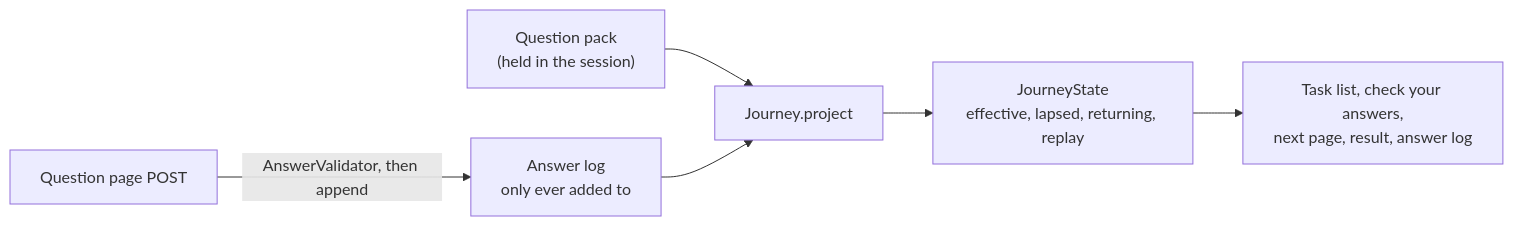
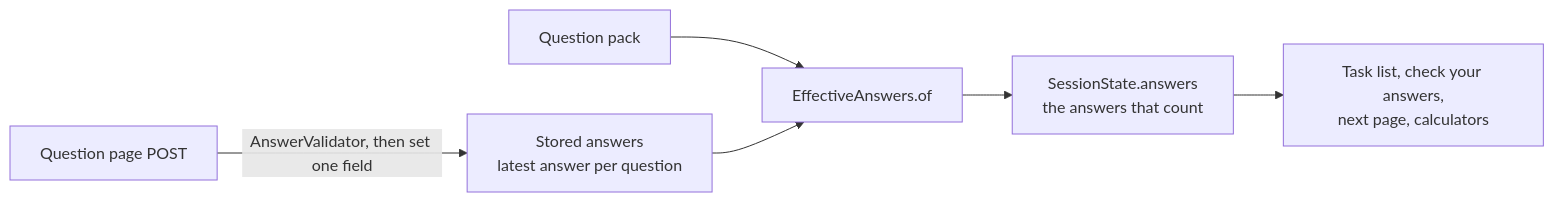
Before and after one commit to hmrc/digital-disclosure-service-alpha-frontend: the eighth of 9 diagrams in README.md, drawn with Mermaid. The commit also changed other lines of this file and 33 other files, not shown here.

First line of the commit message:
Store the latest answers and work out which count from the config.

````diff
--- a/README.md
+++ b/README.md
@@ -735,8 +734,8 @@
 ```mermaid
 flowchart LR
-    post["Question page POST"] -->|"AnswerValidator, then append"| log["Answer log<br/>only ever added to"]
-    pack["Question pack<br/>(held in the session)"] --> project["Journey.project"]
-    log --> project
-    project --> state["JourneyState<br/>effective, lapsed, returning, replay"]
-    state --> pages["Task list, check your answers,<br/>next page, result, answer log"]
+    post["Question page POST"] -->|"AnswerValidator, then set one field"| stored["Stored answers<br/>latest answer per question"]
+    pack["Question pack"] --> effective["EffectiveAnswers.of"]
+    stored --> effective
+    effective --> answers["SessionState.answers<br/>the answers that count"]
+    answers --> pages["Task list, check your answers,<br/>next page, calculators"]
 ```
````
